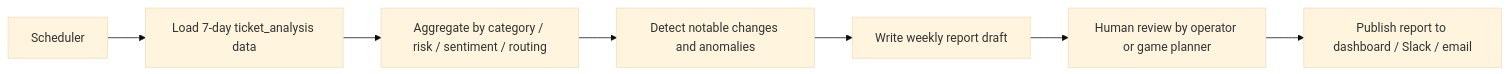
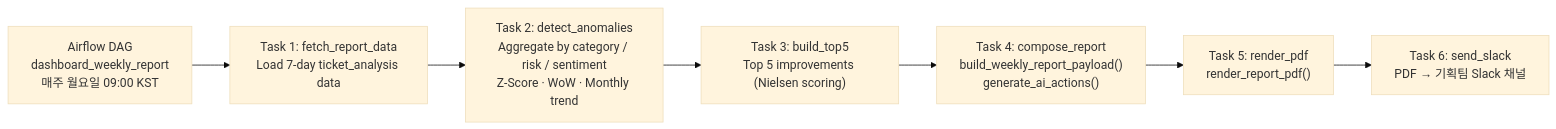
One commit to SKNETWORKS-FAMILY-AICAMP/SKN25-FINAL-6Team changed the diagram in docs/dashboard/ticket_analysis_insight_report_agent.md. Above: the diagram before and after it, drawn with Mermaid (base theme). The commit also changed other lines of this file and 12 other files, not shown here.

````diff
--- a/docs/dashboard/ticket_analysis_insight_report_agent.md
+++ b/docs/dashboard/ticket_analysis_insight_report_agent.md
@@ -111,9 +114,9 @@
 ```mermaid
 flowchart LR
-    S["Scheduler"] --> L["Load 7-day ticket_analysis data"]
-    L --> F["Aggregate by category / risk / sentiment / routing"]
-    F --> Q["Detect notable changes and anomalies"]
-    Q --> W["Write weekly report draft"]
-    W --> R["Human review by operator or game planner"]
-    R --> P["Publish report to dashboard / Slack / email"]
+    S["Airflow DAG<br/>dashboard_weekly_report<br/>매주 월요일 09:00 KST"] --> L["Task 1: fetch_report_data<br/>Load 7-day ticket_analysis data"]
+    L --> F["Task 2: detect_anomalies<br/>Aggregate by category / risk / sentiment<br/>Z-Score · WoW · Monthly trend"]
+    F --> T["Task 3: build_top5<br/>Top 5 improvements (Nielsen scoring)"]
+    T --> Q["Task 4: compose_report<br/>build_weekly_report_payload()<br/>generate_ai_actions()"]
+    Q --> W["Task 5: render_pdf<br/>render_report_pdf()"]
+    W --> P["Task 6: send_slack<br/>PDF → 기획팀 Slack 채널"]
 ```
````
